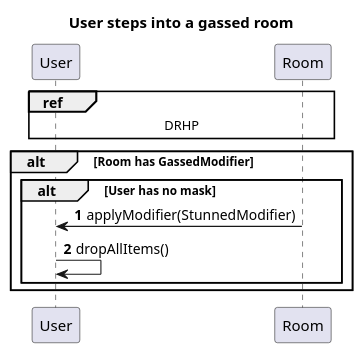
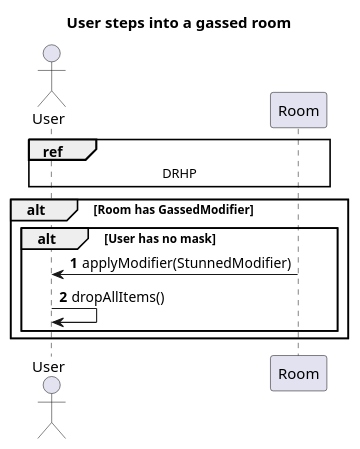
One commit to MysticMazeEducators/.github changed the diagram in resources/sequence_diagrams/gassed_room.puml. Above: the diagram before and after it, drawn with PlantUML. The commit also changed 6 other files, not shown here.

```diff
--- a/resources/sequence_diagrams/gassed_room.puml
+++ b/resources/sequence_diagrams/gassed_room.puml
@@ -1,16 +1,16 @@
 @startuml
 'https://plantuml.com/sequence-diagram
 title User steps into a gassed room
 autonumber
 
-participant "User" as U
+actor "User" as U
 participant "Room" as R
 
 ref over U, R: DRHP
 alt Room has GassedModifier
     alt User has no mask
         R -> U: applyModifier(StunnedModifier)
         U -> U: dropAllItems()
     end
 end
 @enduml
```
